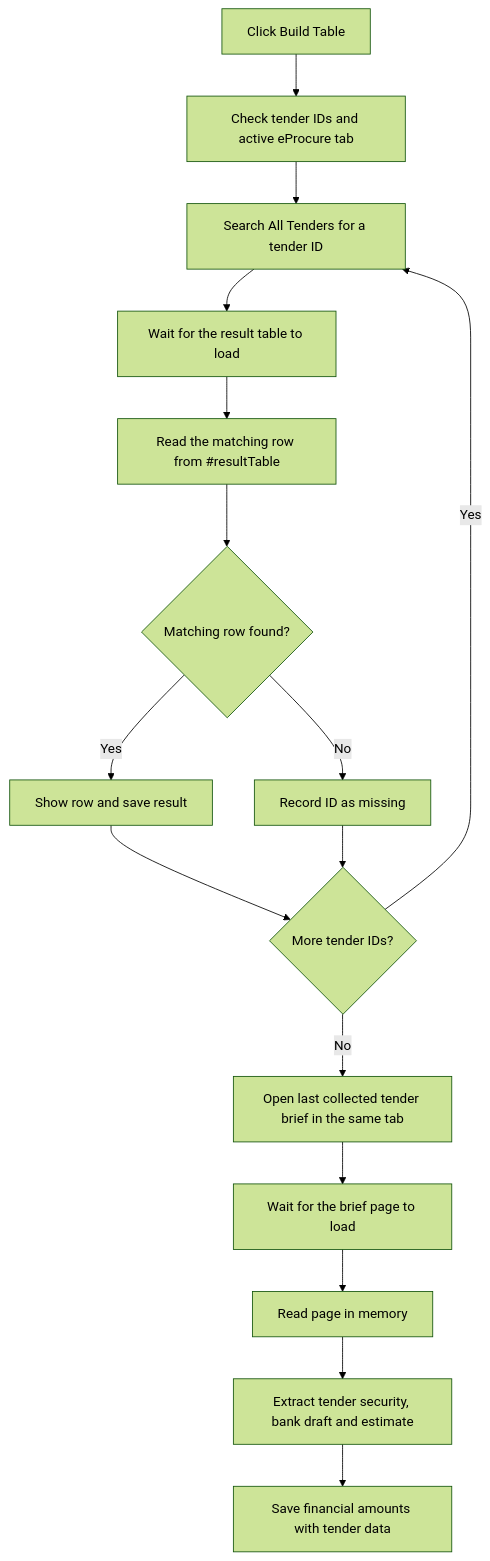
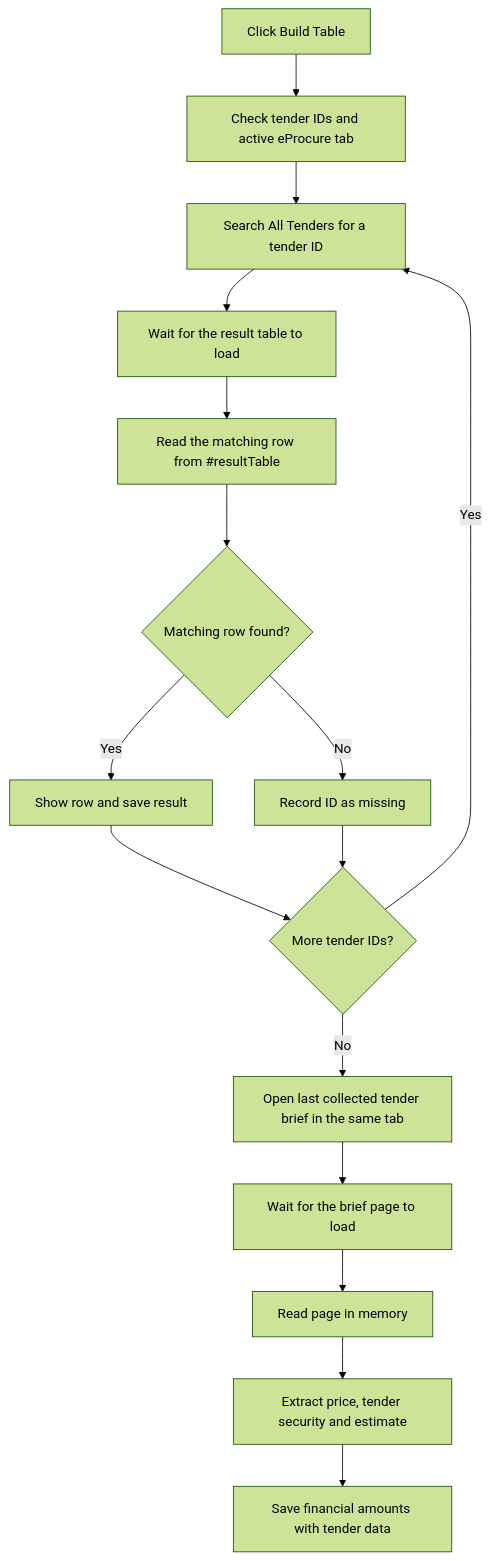
Before and after one commit to santokhan/inply-browser-extension: the diagram in docs/tender-data-collection.md, drawn with Mermaid (forest theme). The commit also changed other lines of this file and 2 other files, not shown here.

Commit message:
Rename bank draft field to price

````diff
--- a/docs/tender-data-collection.md
+++ b/docs/tender-data-collection.md
@@ -10,18 +10,18 @@
 ```mermaid
 flowchart TD
     Start[Click Build Table] --> Check[Check tender IDs and active eProcure tab]
     Check --> Search[Search All Tenders for a tender ID]
     Search --> Wait[Wait for the result table to load]
     Wait --> Read[Read the matching row from #resultTable]
     Read --> Found{Matching row found?}
     Found -->|No| Missing[Record ID as missing]
     Found -->|Yes| Save[Show row and save result]
     Save --> More{More tender IDs?}
     Missing --> More
     More -->|Yes| Search
     More -->|No| Brief[Open last collected tender brief in the same tab]
     Brief --> Load[Wait for the brief page to load]
     Load --> ReadPage[Read page in memory]
-    ReadPage --> Extract[Extract tender security, bank draft and estimate]
+    ReadPage --> Extract[Extract price, tender security and estimate]
     Extract --> SavePage[Save financial amounts with tender data]
 ```
````
